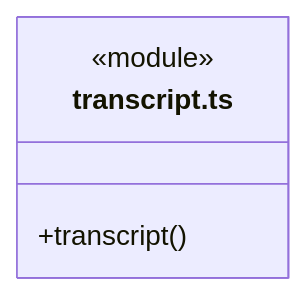
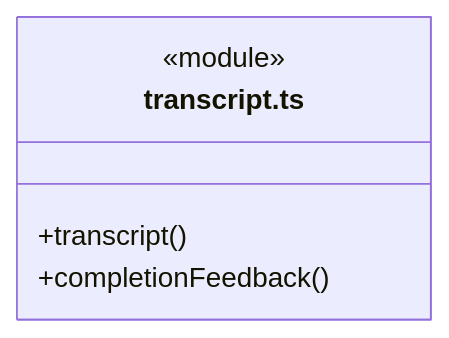
Diagram 12 of 16 in src/frontend/execution-view/ARCHITECTURE.md (nan023062/cbim), drawn with Mermaid before and after one commit. The commit also changed other lines of this file and 16 other files, not shown here.

````diff
--- a/src/frontend/execution-view/ARCHITECTURE.md
+++ b/src/frontend/execution-view/ARCHITECTURE.md
@@ -150,7 +150,8 @@
 ```mermaid
 classDiagram
 class N_src_frontend_execution_view_transcript_ts["transcript.ts"] {
   <<module>>
   +transcript()
+  +completionFeedback()
 }
 ```
````
